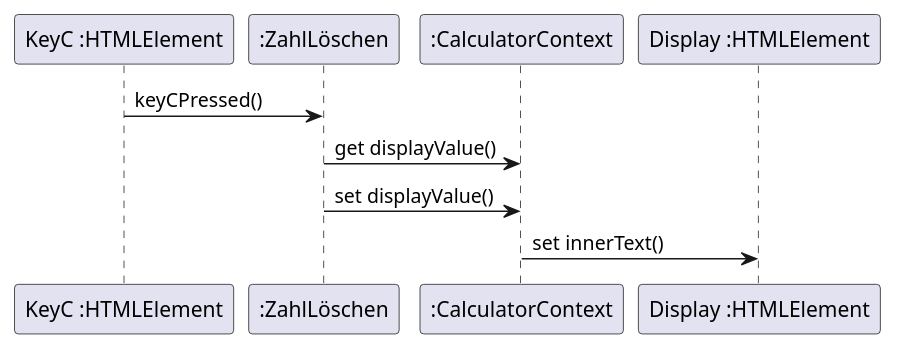
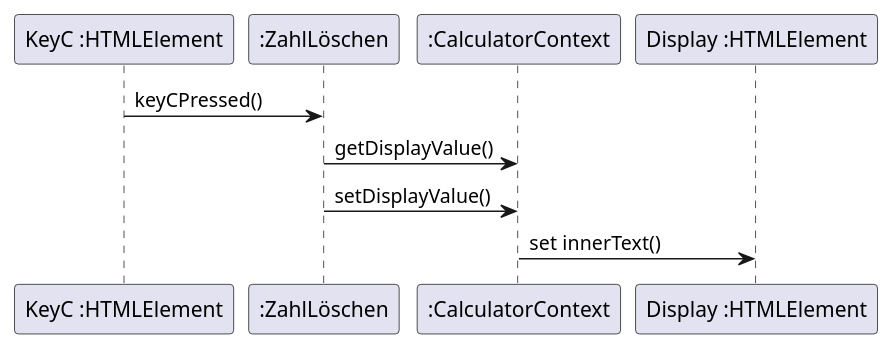
One commit to nicolas-00/Taschenrechner changed the diagram in puml/KeyC.puml. Above: the diagram before and after it, drawn with PlantUML. The commit also changed 2 other files, not shown here.

Commit message:
Sequenz und Klassendiagramm

```diff
--- a/puml/KeyC.puml
+++ b/puml/KeyC.puml
@@ -1,13 +1,13 @@
 @startuml
 
 participant "KeyC :HTMLElement" as KeyC
 participant ":ZahlLöschen" as ZahlLöschen
 participant ":CalculatorContext" as CalculatorContext
 participant "Display :HTMLElement" as Display
 
 KeyC -> ZahlLöschen: keyCPressed()
-ZahlLöschen -> CalculatorContext: get displayValue()
-ZahlLöschen -> CalculatorContext: set displayValue()
+ZahlLöschen -> CalculatorContext: getDisplayValue()
+ZahlLöschen -> CalculatorContext: setDisplayValue()
 CalculatorContext -> Display: set innerText()
 
 @enduml
```
